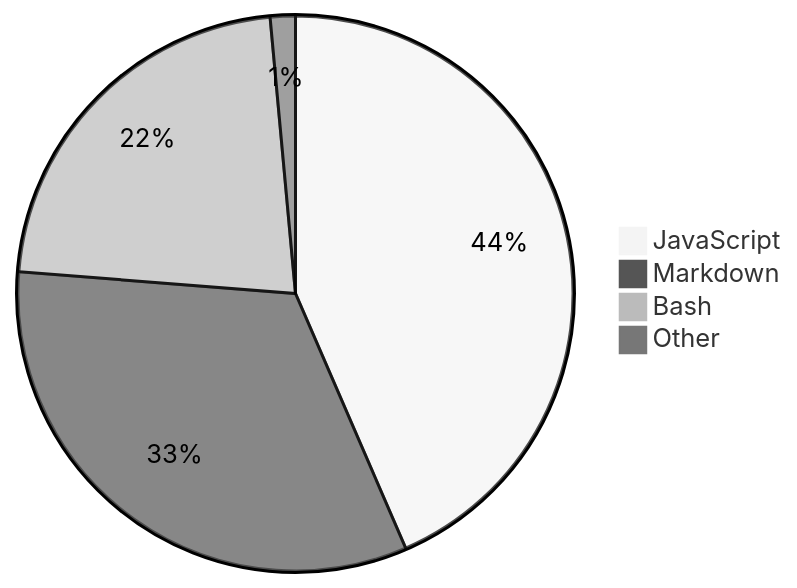
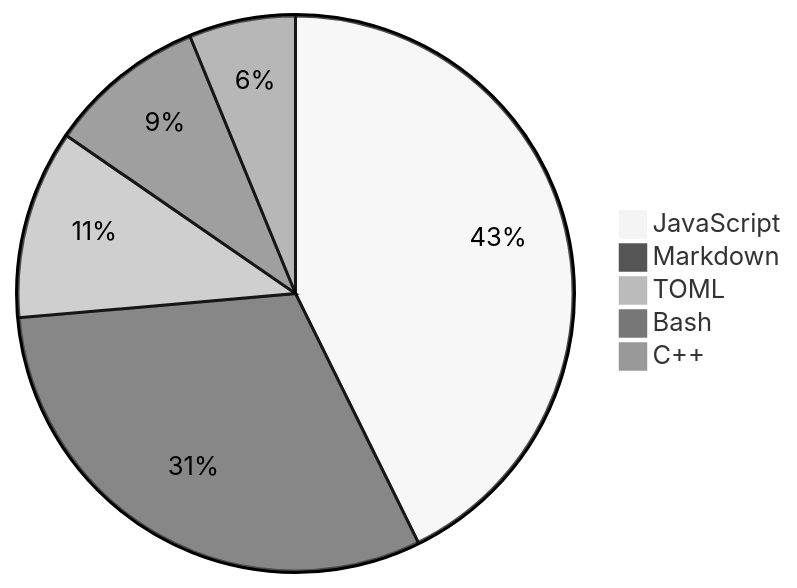
One commit to Alicia111/alicia111 changed the diagram in README.md. Above: the diagram before and after it, drawn with Mermaid (neutral theme).

Commit message:
Update WakaTime stats (・ω・)b

````diff
--- a/README.md
+++ b/README.md
@@ -32,7 +32,8 @@
 ```mermaid
 pie
-    "JavaScript" : 43.5
-    "Markdown" : 32.75
-    "Bash" : 22.29
-    "Other" : 1.46
+    "JavaScript" : 38.66
+    "Markdown" : 27.97
+    "TOML" : 9.96
+    "Bash" : 8.32
+    "C++" : 5.61
 ```
````
